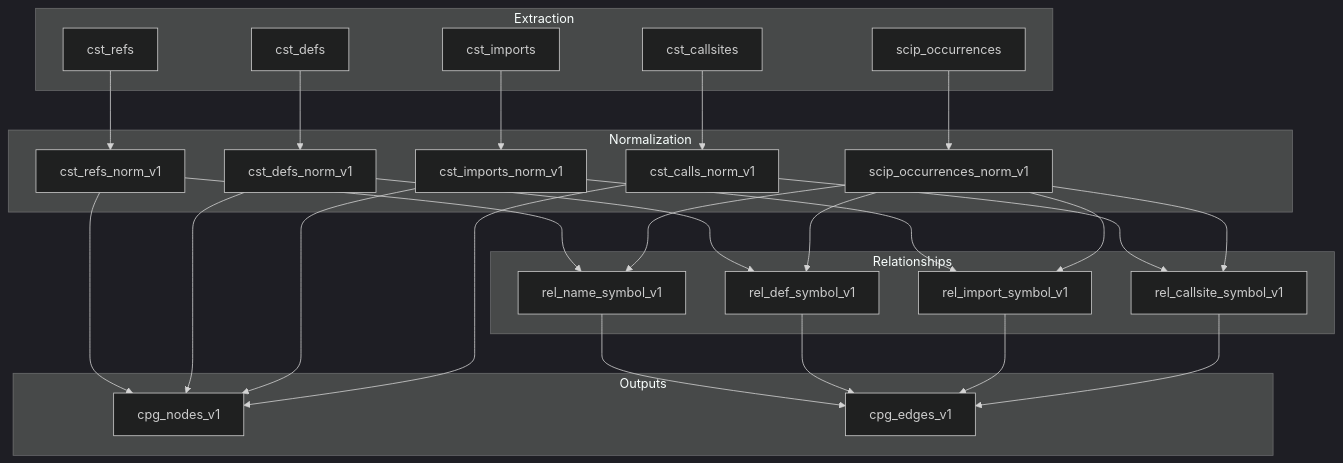
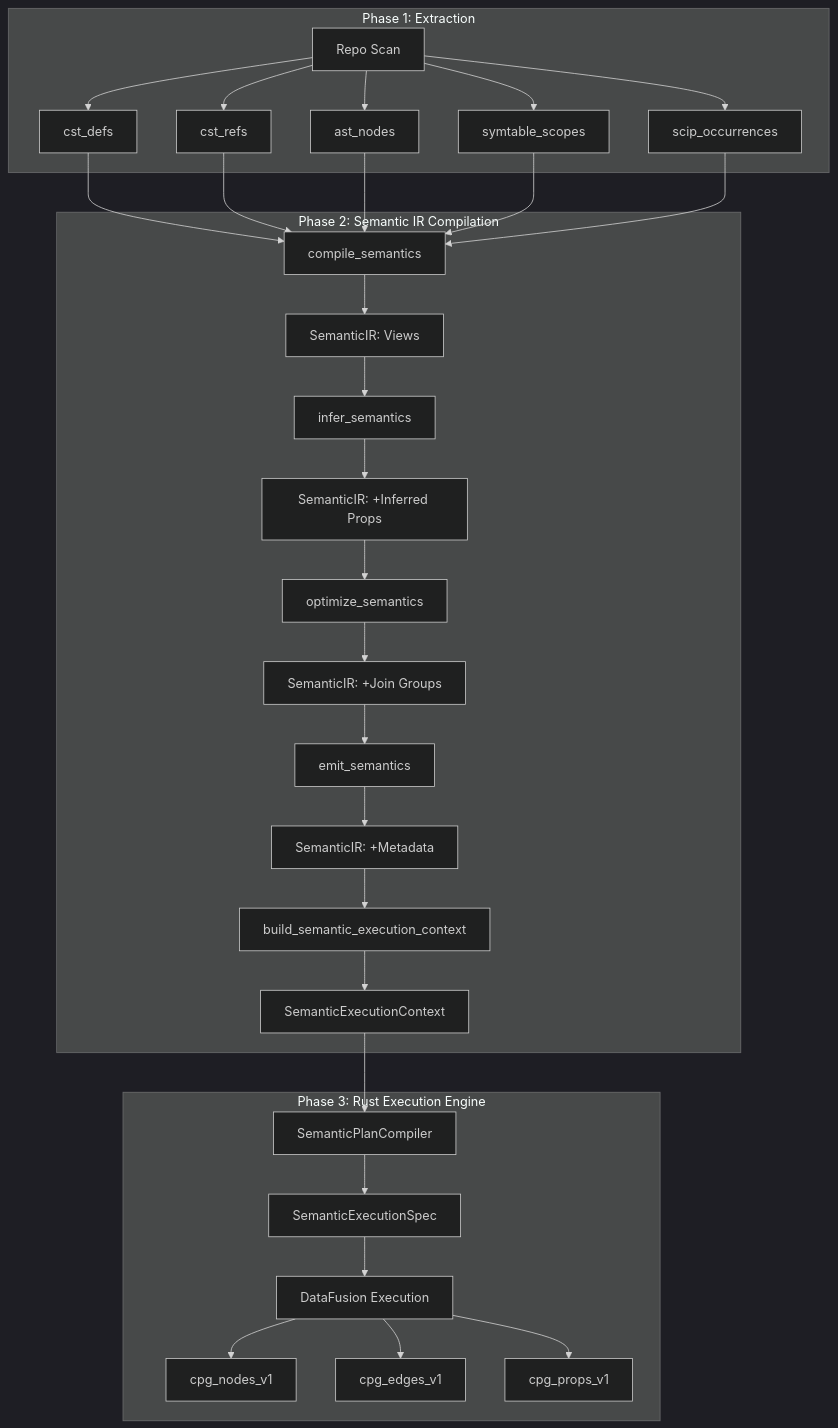
One commit to paul-heyse/CodeAnatomy changed the third of 3 diagrams in docs/architecture/03_semantic_compiler.md. Above: the diagram before and after it, drawn with Mermaid (dark theme). The commit also changed other lines of this file and 62 other files, not shown here.

````diff
--- a/docs/architecture/03_semantic_compiler.md
+++ b/docs/architecture/03_semantic_compiler.md
@@ -273,54 +911,37 @@
 ```mermaid
 flowchart TD
-    subgraph Extraction
-        cst_refs[cst_refs]
-        cst_defs[cst_defs]
-        cst_imports[cst_imports]
-        cst_callsites[cst_callsites]
-        scip_occurrences[scip_occurrences]
+    subgraph "Phase 1: Extraction"
+        A1[Repo Scan] --> A2[cst_defs]
+        A1 --> A3[cst_refs]
+        A1 --> A4[ast_nodes]
+        A1 --> A5[symtable_scopes]
+        A1 --> A6[scip_occurrences]
     end
 
-    subgraph Normalization
-        cst_refs_norm[cst_refs_norm_v1]
-        cst_defs_norm[cst_defs_norm_v1]
-        cst_imports_norm[cst_imports_norm_v1]
-        cst_calls_norm[cst_calls_norm_v1]
-        scip_occurrences_norm[scip_occurrences_norm_v1]
+    subgraph "Phase 2: Semantic IR Compilation"
+        B1[compile_semantics] --> B2[SemanticIR: Views]
+        B2 --> B3[infer_semantics]
+        B3 --> B4[SemanticIR: +Inferred Props]
+        B4 --> B5[optimize_semantics]
+        B5 --> B6[SemanticIR: +Join Groups]
+        B6 --> B7[emit_semantics]
+        B7 --> B8[SemanticIR: +Metadata]
+        B8 --> B9[build_semantic_execution_context]
+        B9 --> B10[SemanticExecutionContext]
     end
 
-    subgraph Relationships
-        rel_name_symbol[rel_name_symbol_v1]
-        rel_def_symbol[rel_def_symbol_v1]
-        rel_import_symbol[rel_import_symbol_v1]
-        rel_callsite_symbol[rel_callsite_symbol_v1]
+    subgraph "Phase 3: Rust Execution Engine"
+        C1[SemanticPlanCompiler] --> C2[SemanticExecutionSpec]
+        C2 --> C3[DataFusion Execution]
+        C3 --> C4[cpg_nodes_v1]
+        C3 --> C5[cpg_edges_v1]
+        C3 --> C6[cpg_props_v1]
     end
 
-    subgraph Outputs
-        cpg_nodes[cpg_nodes_v1]
-        cpg_edges[cpg_edges_v1]
-    end
-
-    cst_refs --> cst_refs_norm
-    cst_defs --> cst_defs_norm
-    cst_imports --> cst_imports_norm
-    cst_callsites --> cst_calls_norm
-    scip_occurrences --> scip_occurrences_norm
-
-    cst_refs_norm --> rel_name_symbol
-    scip_occurrences_norm --> rel_name_symbol
-    cst_defs_norm --> rel_def_symbol
-    scip_occurrences_norm --> rel_def_symbol
-    cst_imports_norm --> rel_import_symbol
-    scip_occurrences_norm --> rel_import_symbol
-    cst_calls_norm --> rel_callsite_symbol
-    scip_occurrences_norm --> rel_callsite_symbol
-
-    cst_refs_norm --> cpg_nodes
-    cst_defs_norm --> cpg_nodes
-    cst_imports_norm --> cpg_nodes
-    cst_calls_norm --> cpg_nodes
-    rel_name_symbol --> cpg_edges
-    rel_def_symbol --> cpg_edges
-    rel_import_symbol --> cpg_edges
-    rel_callsite_symbol --> cpg_edges
+    A2 --> B1
+    A3 --> B1
+    A4 --> B1
+    A5 --> B1
+    A6 --> B1
+    B10 --> C1
 ```
````
